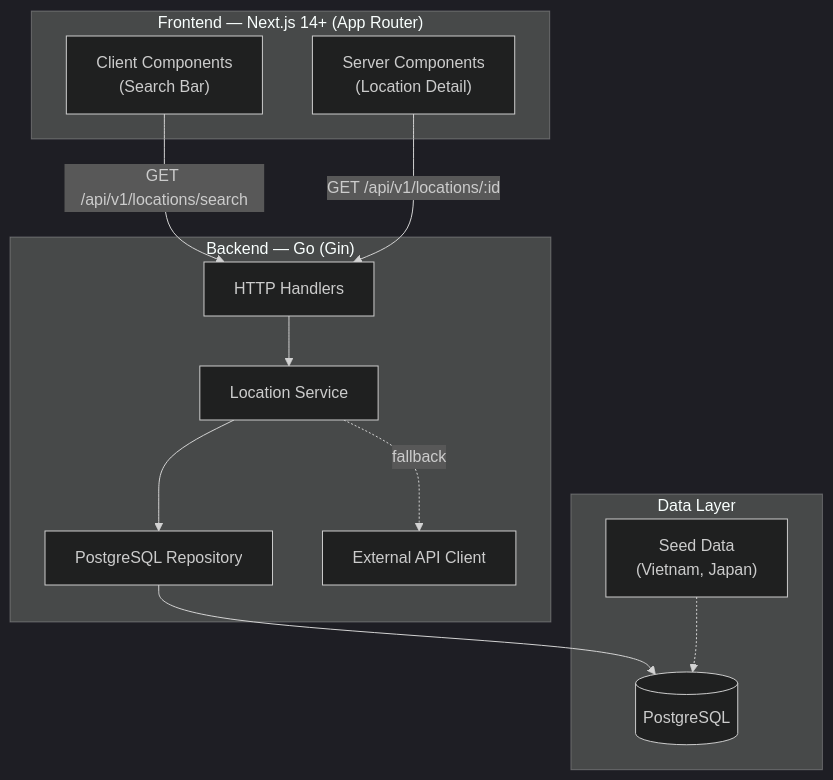
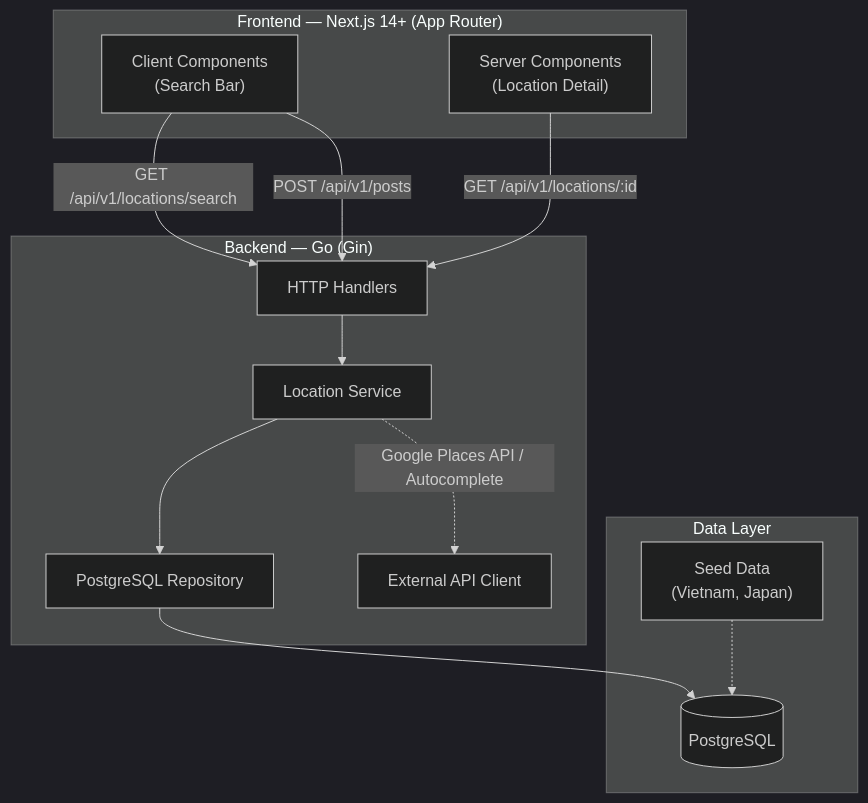
The diagram in docs/gui.md (sunshine12396/location-demo), drawn with Mermaid (dark theme) before and after one commit. The commit also changed other lines of this file and 154 other files, not shown here.

````diff
--- a/docs/gui.md
+++ b/docs/gui.md
@@ -21,27 +22,28 @@
 ```mermaid
 graph TD
     subgraph "Frontend — Next.js 14+ (App Router)"
         SC["Server Components<br/>(Location Detail)"]
         CC["Client Components<br/>(Search Bar)"]
     end
 
     subgraph "Backend — Go (Gin)"
         H["HTTP Handlers"]
         SVC["Location Service"]
         REPO["PostgreSQL Repository"]
         EXT["External API Client"]
     end
 
     subgraph "Data Layer"
         DB[("PostgreSQL")]
         SEED["Seed Data<br/>(Vietnam, Japan)"]
     end
 
     CC -->|"GET /api/v1/locations/search"| H
+    CC -->|"POST /api/v1/posts"| H
     SC -->|"GET /api/v1/locations/:id"| H
     H --> SVC
     SVC --> REPO
-    SVC -.->|"fallback"| EXT
+    SVC -.->|"Google Places API / Autocomplete"| EXT
     REPO --> DB
     SEED -.-> DB
 ```
````
